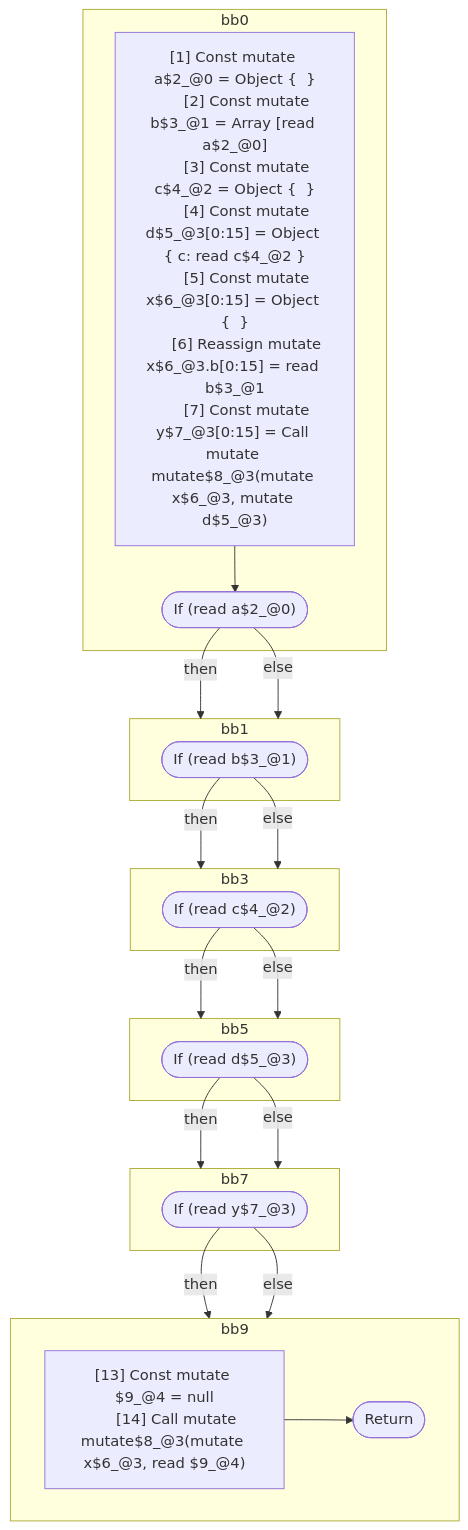
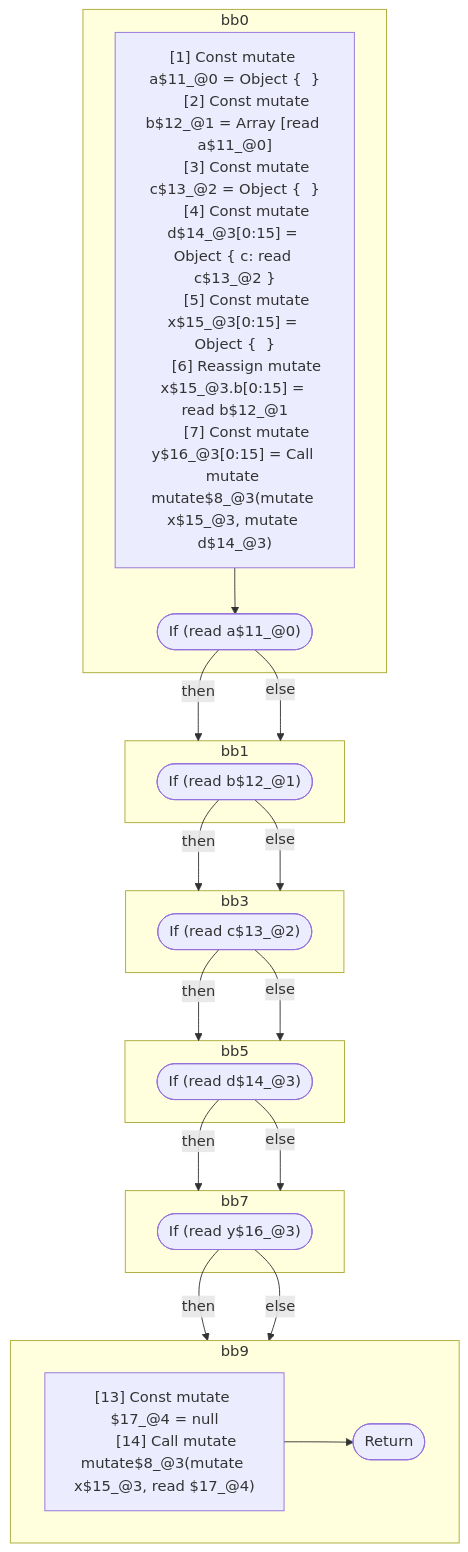
One commit to wutsmog/private changed the second of 2 diagrams in compiler/forget/src/__tests__/fixtures/hir/mutable-lifetime-with-aliasing.expect.md. Above: the diagram before and after it, drawn with Mermaid. The commit also changed other lines of this file and 59 other files, not shown here.

````diff
--- a/compiler/forget/src/__tests__/fixtures/hir/mutable-lifetime-with-aliasing.expect.md
+++ b/compiler/forget/src/__tests__/fixtures/hir/mutable-lifetime-with-aliasing.expect.md
@@ -97,48 +97,48 @@
 ```mermaid
 flowchart TB
   %% Basic Blocks
   subgraph bb0
     bb0_instrs["
-      [1] Const mutate a$2_@0 = Object {  }
-      [2] Const mutate b$3_@1 = Array [read a$2_@0]
-      [3] Const mutate c$4_@2 = Object {  }
-      [4] Const mutate d$5_@3[0:15] = Object { c: read c$4_@2 }
-      [5] Const mutate x$6_@3[0:15] = Object {  }
-      [6] Reassign mutate x$6_@3.b[0:15] = read b$3_@1
-      [7] Const mutate y$7_@3[0:15] = Call mutate mutate$8_@3(mutate x$6_@3, mutate d$5_@3)
+      [1] Const mutate a$11_@0 = Object {  }
+      [2] Const mutate b$12_@1 = Array [read a$11_@0]
+      [3] Const mutate c$13_@2 = Object {  }
+      [4] Const mutate d$14_@3[0:15] = Object { c: read c$13_@2 }
+      [5] Const mutate x$15_@3[0:15] = Object {  }
+      [6] Reassign mutate x$15_@3.b[0:15] = read b$12_@1
+      [7] Const mutate y$16_@3[0:15] = Call mutate mutate$8_@3(mutate x$15_@3, mutate d$14_@3)
     "]
-    bb0_instrs --> bb0_terminal(["If (read a$2_@0)"])
+    bb0_instrs --> bb0_terminal(["If (read a$11_@0)"])
   end
   subgraph bb1
-    bb1_terminal(["If (read b$3_@1)"])
+    bb1_terminal(["If (read b$12_@1)"])
   end
   subgraph bb3
-    bb3_terminal(["If (read c$4_@2)"])
+    bb3_terminal(["If (read c$13_@2)"])
   end
   subgraph bb5
-    bb5_terminal(["If (read d$5_@3)"])
+    bb5_terminal(["If (read d$14_@3)"])
   end
   subgraph bb7
-    bb7_terminal(["If (read y$7_@3)"])
+    bb7_terminal(["If (read y$16_@3)"])
   end
   subgraph bb9
     bb9_instrs["
-      [13] Const mutate $9_@4 = null
-      [14] Call mutate mutate$8_@3(mutate x$6_@3, read $9_@4)
+      [13] Const mutate $17_@4 = null
+      [14] Call mutate mutate$8_@3(mutate x$15_@3, read $17_@4)
     "]
     bb9_instrs --> bb9_terminal(["Return"])
   end
 
   %% Jumps
   bb0_terminal -- "then" --> bb1
   bb0_terminal -- "else" --> bb1
   bb1_terminal -- "then" --> bb3
   bb1_terminal -- "else" --> bb3
   bb3_terminal -- "then" --> bb5
   bb3_terminal -- "else" --> bb5
   bb5_terminal -- "then" --> bb7
   bb5_terminal -- "else" --> bb7
   bb7_terminal -- "then" --> bb9
   bb7_terminal -- "else" --> bb9
 
 ```
````
